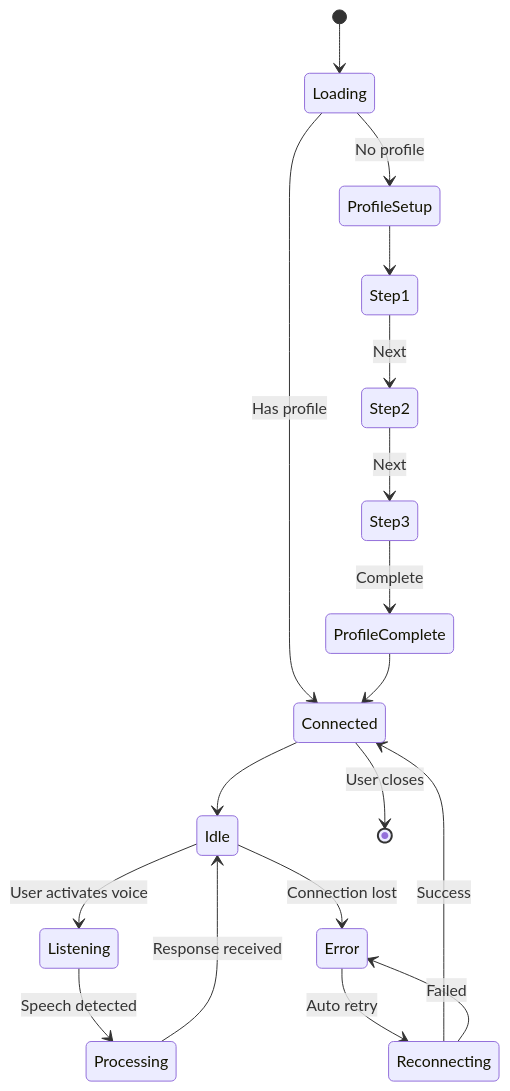
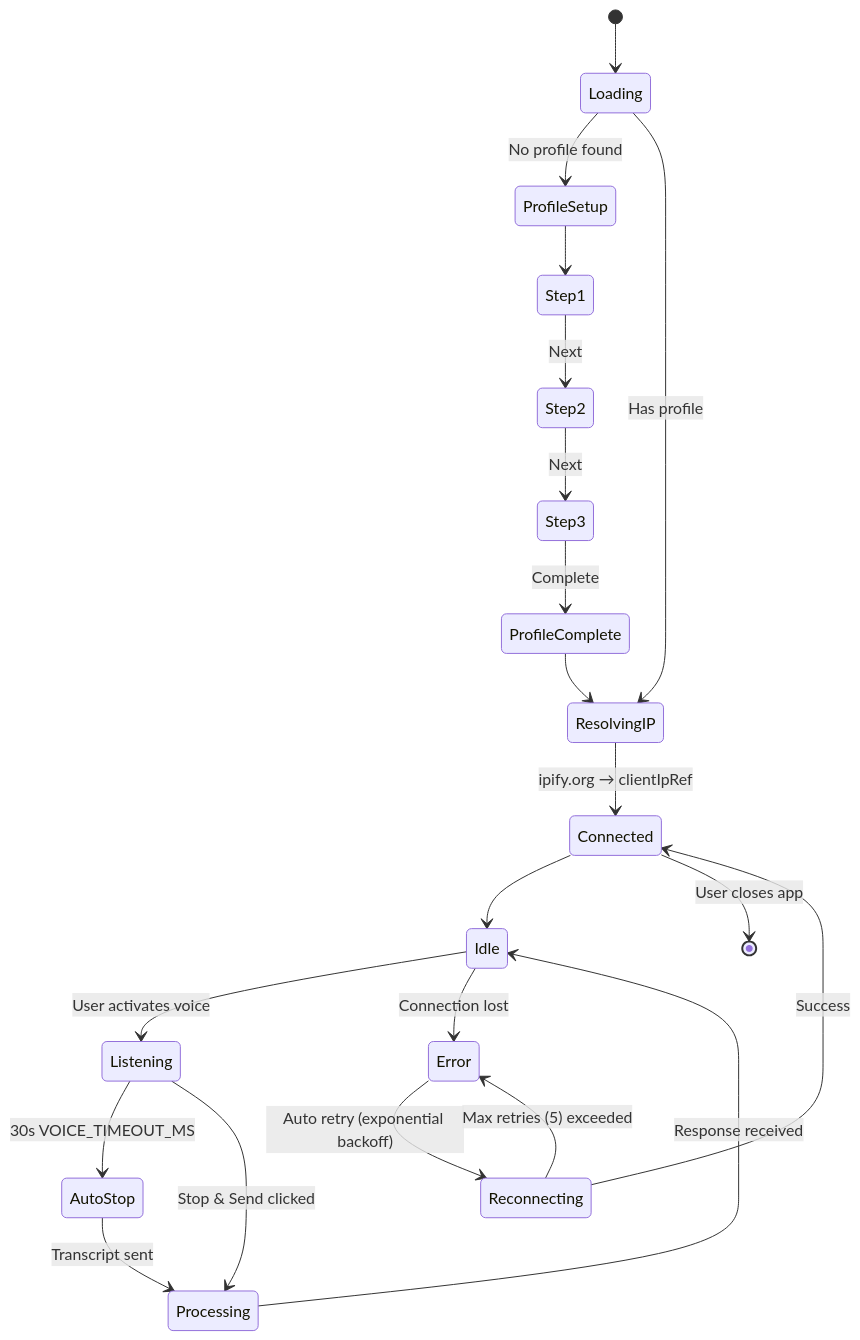
One commit to saikiranaravala/PersonalizedVoiceLocationAwareAgent changed diagram 19 of 31 in docs/DIAGRAMS.md. Above: the diagram before and after it, drawn with Mermaid. The commit also changed other lines of this file and 4 other files, not shown here.

````diff
--- a/docs/DIAGRAMS.md
+++ b/docs/DIAGRAMS.md
@@ -513,24 +641,28 @@
 ```mermaid
 stateDiagram-v2
     [*] --> Loading
-    Loading --> ProfileSetup: No profile
-    Loading --> Connected: Has profile
-    
+    Loading --> ProfileSetup: No profile found
+    Loading --> ResolvingIP: Has profile
+
+    ResolvingIP --> Connected: ipify.org → clientIpRef
+
     ProfileSetup --> Step1
     Step1 --> Step2: Next
     Step2 --> Step3: Next
     Step3 --> ProfileComplete: Complete
-    ProfileComplete --> Connected
-    
+    ProfileComplete --> ResolvingIP
+
     Connected --> Idle
     Idle --> Listening: User activates voice
-    Listening --> Processing: Speech detected
+    Listening --> AutoStop: 30s VOICE_TIMEOUT_MS
+    AutoStop --> Processing: Transcript sent
+    Listening --> Processing: Stop & Send clicked
     Processing --> Idle: Response received
-    
+
     Idle --> Error: Connection lost
-    Error --> Reconnecting: Auto retry
+    Error --> Reconnecting: Auto retry (exponential backoff)
     Reconnecting --> Connected: Success
-    Reconnecting --> Error: Failed
-    
-    Connected --> [*]: User closes
+    Reconnecting --> Error: Max retries (5) exceeded
+
+    Connected --> [*]: User closes app
 ```
````
